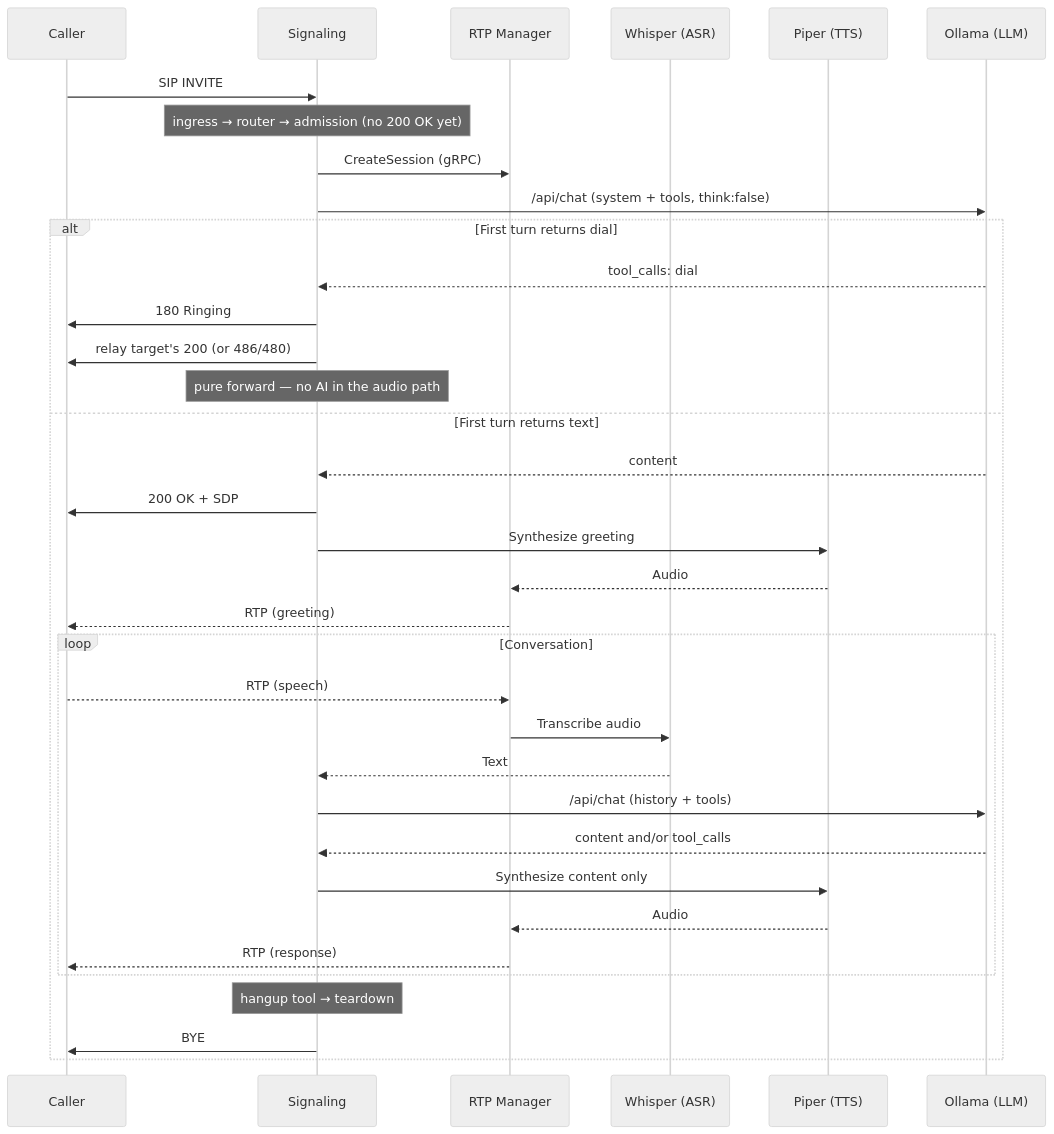
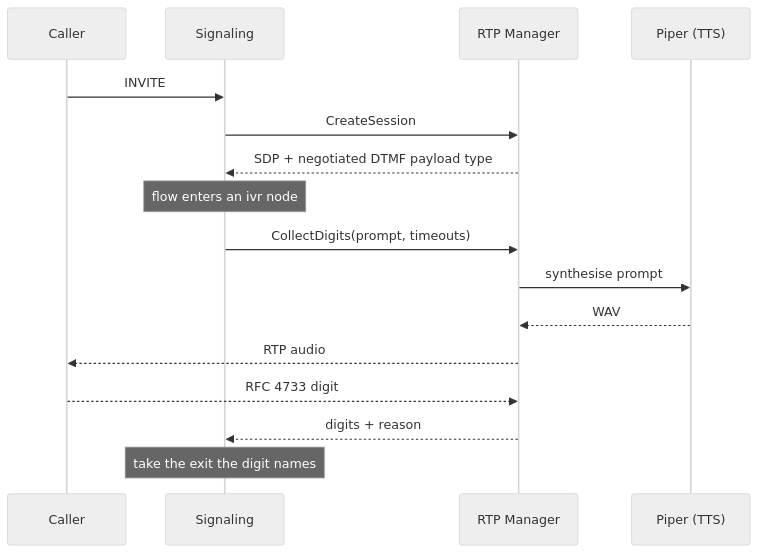
The third of 3 diagrams in README.md (sebacius/switchboard), drawn with Mermaid (neutral theme) before and after one commit. The commit also changed other lines of this file and 152 other files, not shown here.

First line of the commit message:
Replace the LLM supervisor with deterministic call flows (#39)

````diff
--- a/README.md
+++ b/README.md
@@ -352,41 +291,19 @@
 ```mermaid
 sequenceDiagram
     participant Caller
     participant Signaling
     participant RTP as RTP Manager
-    participant ASR as Whisper (ASR)
     participant TTS as Piper (TTS)
-    participant LLM as Ollama (LLM)
 
-    Caller->>Signaling: SIP INVITE
-    Note over Signaling: ingress → router → admission (no 200 OK yet)
-    Signaling->>RTP: CreateSession (gRPC)
-    Signaling->>LLM: /api/chat (system + tools, think:false)
-
-    alt First turn returns dial
-        LLM-->>Signaling: tool_calls: dial
-        Signaling->>Caller: 180 Ringing
-        Signaling->>Caller: relay target's 200 (or 486/480)
-        Note over Signaling: pure forward — no AI in the audio path
-    else First turn returns text
-        LLM-->>Signaling: content
-        Signaling->>Caller: 200 OK + SDP
-        Signaling->>TTS: Synthesize greeting
-        TTS-->>RTP: Audio
-        RTP-->>Caller: RTP (greeting)
-
-        loop Conversation
-            Caller-->>RTP: RTP (speech)
-            RTP->>ASR: Transcribe audio
-            ASR-->>Signaling: Text
-            Signaling->>LLM: /api/chat (history + tools)
-            LLM-->>Signaling: content and/or tool_calls
-            Signaling->>TTS: Synthesize content only
-            TTS-->>RTP: Audio
-            RTP-->>Caller: RTP (response)
-        end
-
-        Note over Signaling: hangup tool → teardown
-        Signaling->>Caller: BYE
-    end
+    Caller->>Signaling: INVITE
+    Signaling->>RTP: CreateSession
+    RTP-->>Signaling: SDP + negotiated DTMF payload type
+    Note over Signaling: flow enters an ivr node
+    Signaling->>RTP: CollectDigits(prompt, timeouts)
+    RTP->>TTS: synthesise prompt
+    TTS-->>RTP: WAV
+    RTP-->>Caller: RTP audio
+    Caller-->>RTP: RFC 4733 digit
+    RTP-->>Signaling: digits + reason
+    Note over Signaling: take the exit the digit names
 ```
````
